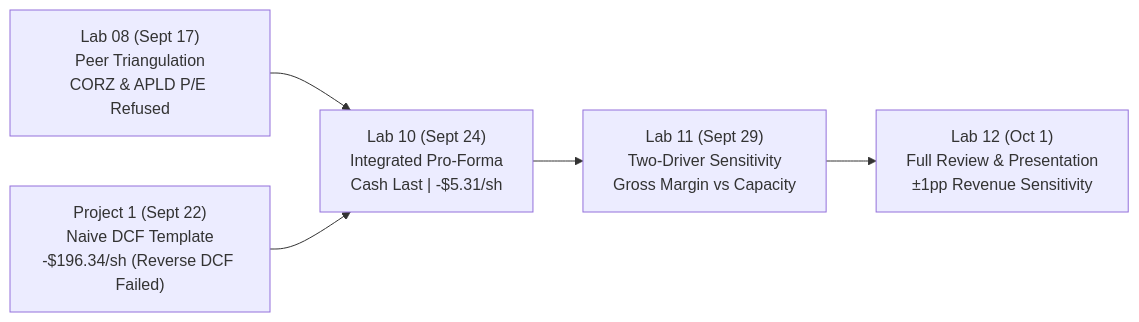
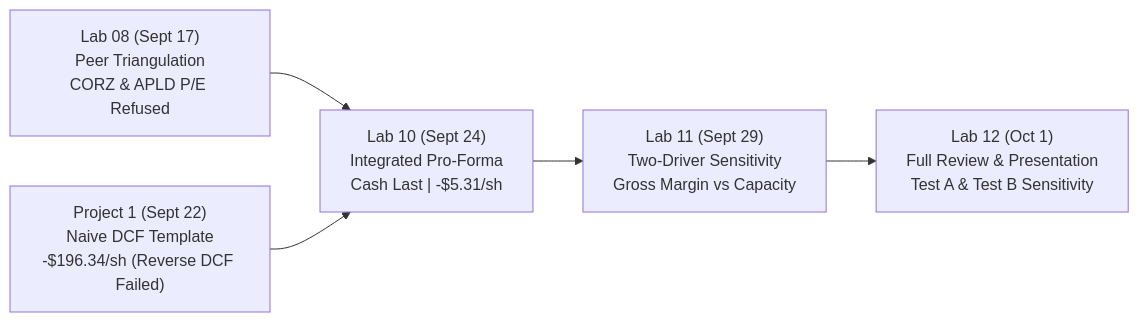
The first of 2 diagrams in Lab-12/lab12.md (river313/IREN-research), drawn with Mermaid before and after one commit. The commit also changed other lines of this file and 1 other file, not shown here.

Commit message:
Audit and clarify IREN Lab 12 sensitivity analysis

````diff
--- a/Lab-12/lab12.md
+++ b/Lab-12/lab12.md
@@ -33,13 +33,13 @@
 ```mermaid
 flowchart LR
     L08["Lab 08 (Sept 17)<br>Peer Triangulation<br>CORZ & APLD P/E Refused"]
     P01["Project 1 (Sept 22)<br>Naive DCF Template<br>-$196.34/sh (Reverse DCF Failed)"]
     L10["Lab 10 (Sept 24)<br>Integrated Pro-Forma<br>Cash Last | -$5.31/sh"]
     L11["Lab 11 (Sept 29)<br>Two-Driver Sensitivity<br>Gross Margin vs Capacity"]
-    L12["Lab 12 (Oct 1)<br>Full Review & Presentation<br>±1pp Revenue Sensitivity"]
+    L12["Lab 12 (Oct 1)<br>Full Review & Presentation<br>Test A & Test B Sensitivity"]
 
     L08 --> L10
     P01 --> L10
     L10 --> L11
     L11 --> L12
 ```
````
